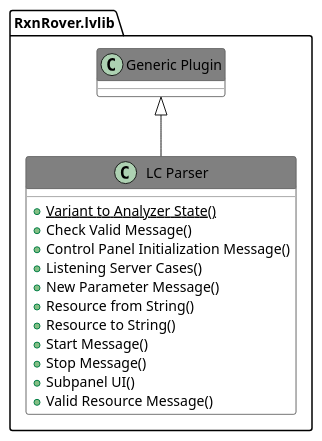
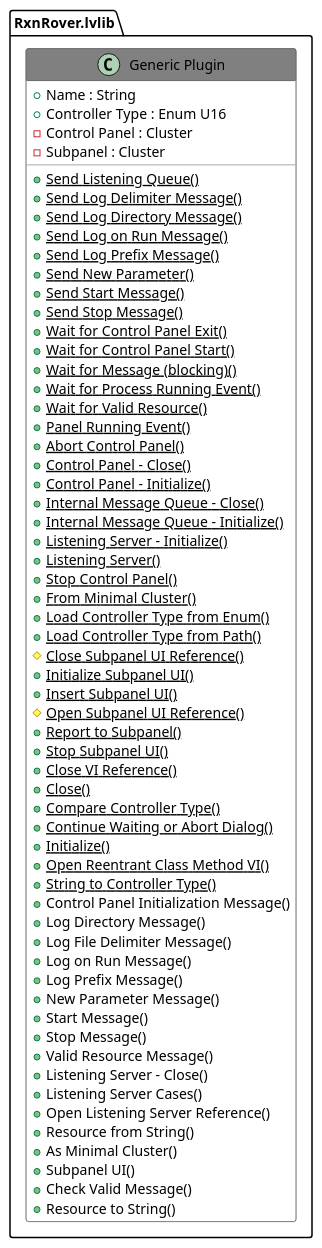
The diagram in docs/source/_static/api/Includes/016.adoc (RxnRover/RxnRover), drawn with PlantUML before and after one commit. The commit also changed other lines of this file and 18 other files, not shown here.

```diff
--- a/docs/source/_static/api/Includes/016.adoc
+++ b/docs/source/_static/api/Includes/016.adoc
@@ -10,30 +10,77 @@
 [plantuml, format="svg", align="center"]
 ....
 @startuml
 set namespaceSeparator :
 skinparam ClassBackgroundColor #FFFFFF
 skinparam ClassBorderColor #555555
 skinparam ClassFontColor #000000
 skinparam ClassHeaderBackgroundColor #808080
 
 skinparam top to bottom direction
-class "RxnRover.lvlib:LC Parser" {
-{static} {method} +Variant to Analyzer State()
-{method} +Check Valid Message()
+class "RxnRover.lvlib:Generic Plugin" {
+{field} +Name : String
+{field} +Controller Type : Enum U16
+{field} -Control Panel : Cluster
+{field} -Subpanel : Cluster
+{static} {method} +Send Listening Queue()
+{static} {method} +Send Log Delimiter Message()
+{static} {method} +Send Log Directory Message()
+{static} {method} +Send Log on Run Message()
+{static} {method} +Send Log Prefix Message()
+{static} {method} +Send New Parameter()
+{static} {method} +Send Start Message()
+{static} {method} +Send Stop Message()
+{static} {method} +Wait for Control Panel Exit()
+{static} {method} +Wait for Control Panel Start()
+{static} {method} +Wait for Message (blocking)()
+{static} {method} +Wait for Process Running Event()
+{static} {method} +Wait for Valid Resource()
+{static} {method} +Panel Running Event()
+{static} {method} +Abort Control Panel()
+{static} {method} +Control Panel - Close()
+{static} {method} +Control Panel - Initialize()
+{static} {method} +Internal Message Queue - Close()
+{static} {method} +Internal Message Queue - Initialize()
+{static} {method} +Listening Server - Initialize()
+{static} {method} +Listening Server()
+{static} {method} +Stop Control Panel()
+{static} {method} +From Minimal Cluster()
+{static} {method} +Load Controller Type from Enum()
+{static} {method} +Load Controller Type from Path()
+{static} {method} #Close Subpanel UI Reference()
+{static} {method} +Initialize Subpanel UI()
+{static} {method} +Insert Subpanel UI()
+{static} {method} #Open Subpanel UI Reference()
+{static} {method} +Report to Subpanel()
+{static} {method} +Stop Subpanel UI()
+{static} {method} +Close VI Reference()
+{static} {method} +Close()
+{static} {method} +Compare Controller Type()
+{static} {method} +Continue Waiting or Abort Dialog()
+{static} {method} +Initialize()
+{static} {method} +Open Reentrant Class Method VI()
+{static} {method} +String to Controller Type()
 {method} +Control Panel Initialization Message()
-{method} +Listening Server Cases()
+{method} +Log Directory Message()
+{method} +Log File Delimiter Message()
+{method} +Log on Run Message()
+{method} +Log Prefix Message()
 {method} +New Parameter Message()
-{method} +Resource from String()
-{method} +Resource to String()
 {method} +Start Message()
 {method} +Stop Message()
+{method} +Valid Resource Message()
+{method} +Listening Server - Close()
+{method} +Listening Server Cases()
+{method} +Open Listening Server Reference()
+{method} +Resource from String()
+{method} +As Minimal Cluster()
 {method} +Subpanel UI()
-{method} +Valid Resource Message()
+{method} +Check Valid Message()
+{method} +Resource to String()
 
 }
-"RxnRover.lvlib:Generic Plugin" <|-- "RxnRover.lvlib:LC Parser"
 
 
 
 @enduml
 ....
```
